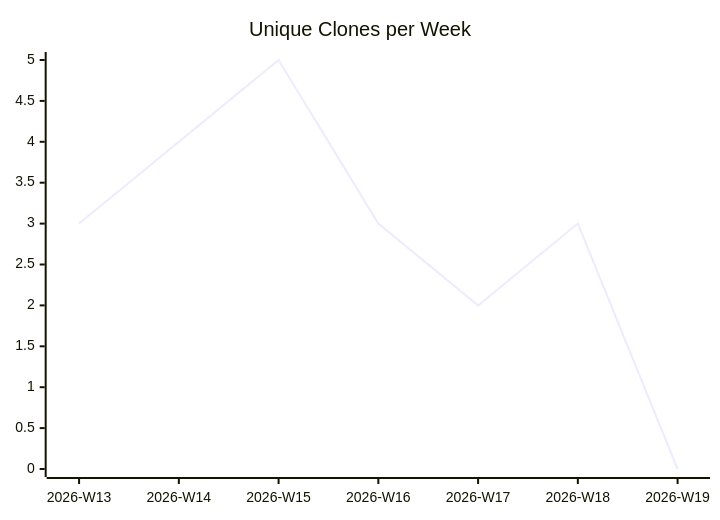
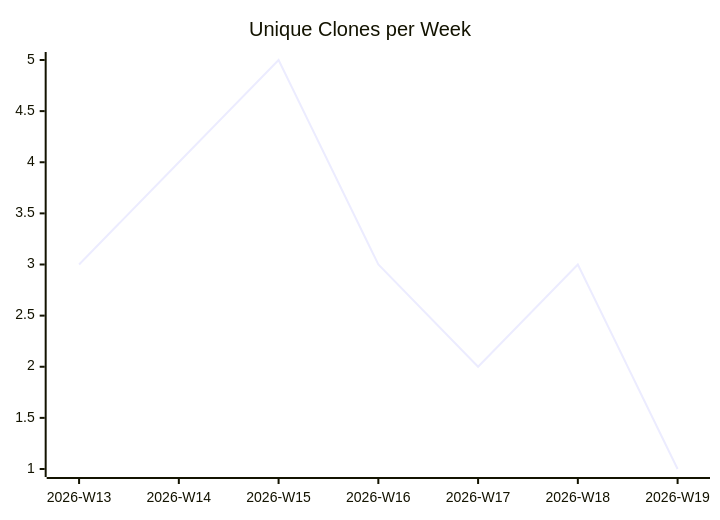
The third of 3 diagrams in karlmdavis/justdavis-karl/README.md (justdavis-family/github-analytics-data), drawn with Mermaid before and after one commit. The commit also changed other lines of this file and 185 other files, not shown here.

````diff
--- a/karlmdavis/justdavis-karl/README.md
+++ b/karlmdavis/justdavis-karl/README.md
@@ -19,6 +19,6 @@
 ```mermaid
 xychart-beta
   title "Unique Clones per Week"
   x-axis ["2026-W13", "2026-W14", "2026-W15", "2026-W16", "2026-W17", "2026-W18", "2026-W19"]
-  line [3, 4, 5, 3, 2, 3, 0]
+  line [3, 4, 5, 3, 2, 3, 1]
 ```
````
